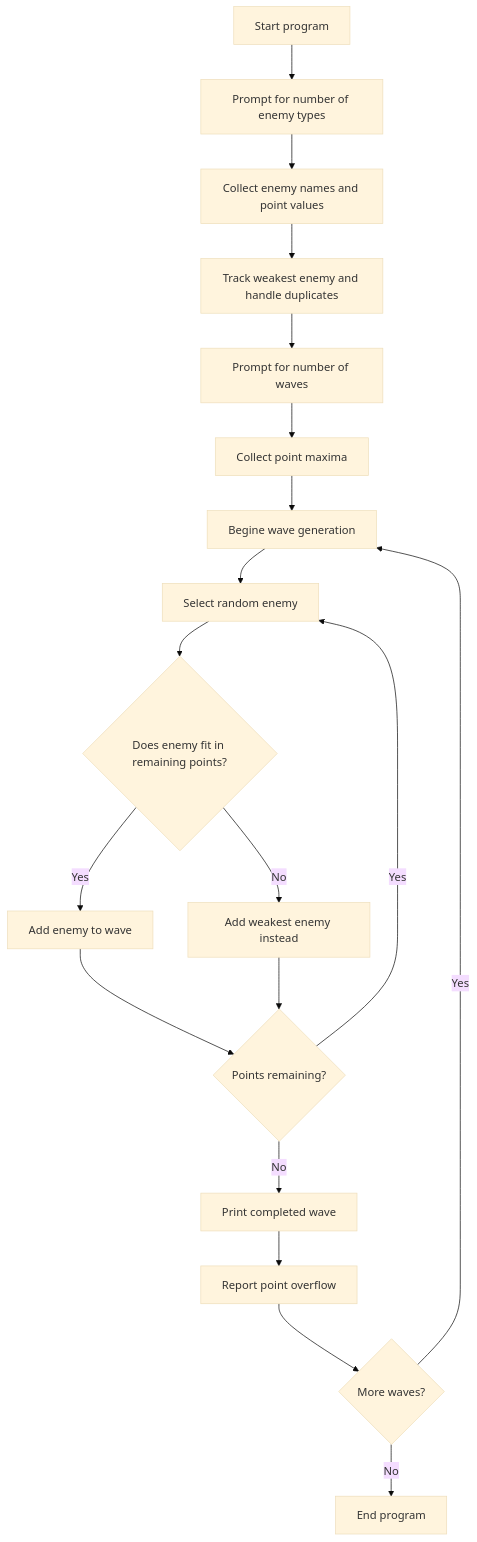
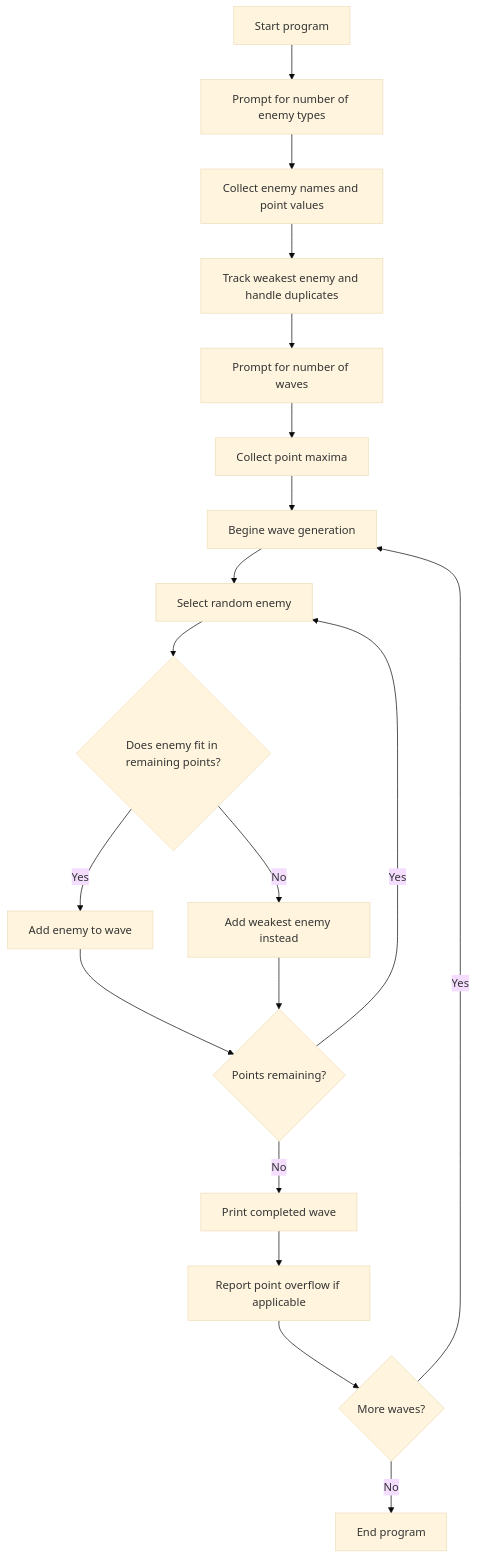
One commit to BenSernau/Wave-Spawner changed the diagram in README.md. Above: the diagram before and after it, drawn with Mermaid (base theme).

````diff
--- a/README.md
+++ b/README.md
@@ -51,23 +51,23 @@
 ```mermaid
 flowchart TD
   A[Start program] --> B[Prompt for number of enemy types]
   B --> C[Collect enemy names and point values]
   C --> D[Track weakest enemy and handle duplicates]
   D --> E[Prompt for number of waves]
   E --> F[Collect point maxima]
   F --> G[Begine wave generation]
   G --> H[Select random enemy]
   H --> I{Does enemy fit in remaining points?}
   I -- Yes --> J[Add enemy to wave]
   J --> K{Points remaining?}
   K -- Yes --> H
   K -- No --> N[Print completed wave]
-  N --> L[Report point overflow]
+  N --> L[Report point overflow if applicable]
 
   I -- No --> M[Add weakest enemy instead]
   M --> K
 
   L --> O{More waves?}
   O -- Yes --> G
   O -- No --> P[End program]
 ```
````
